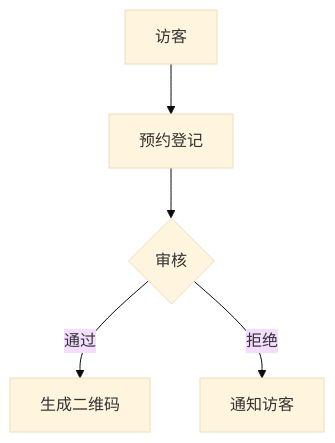
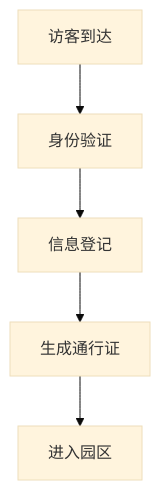
The diagram in doc/requirement1.md (zhishi324/n8ndeploy), drawn with Mermaid (base theme) before and after one commit. The commit also changed other lines of this file, not shown here.

````diff
--- a/doc/requirement1.md
+++ b/doc/requirement1.md
@@ -24,7 +51,7 @@
 ```mermaid
 graph TD
-    A[访客] --> B[预约登记]
-    B --> C{审核}
-    C -->|通过| D[生成二维码]
-    C -->|拒绝| E[通知访客]
+    A[访客到达] --> B[身份验证]
+    B --> C[信息登记]
+    C --> D[生成通行证]
+    D --> E[进入园区]
 ```
````
